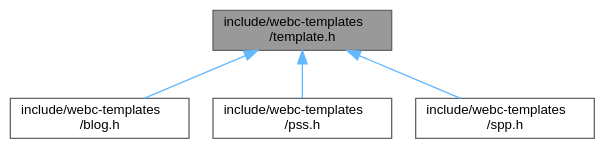
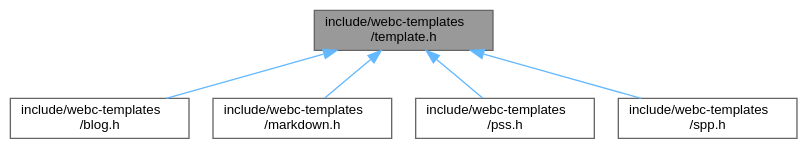
One commit to KDesp73/webc-docs changed the diagram in docs/template_8h__dep__incl.dot. Above: the diagram before and after it, drawn with Graphviz. The commit also changed 65 other files, not shown here.

```diff
--- a/docs/template_8h__dep__incl.dot
+++ b/docs/template_8h__dep__incl.dot
@@ -1,14 +1,16 @@
 digraph "include/webc-templates/template.h"
 {
  // LATEX_PDF_SIZE
   bgcolor="transparent";
   edge [fontname=Helvetica,fontsize=10,labelfontname=Helvetica,labelfontsize=10];
   node [fontname=Helvetica,fontsize=10,shape=box,height=0.2,width=0.4];
   Node1 [id="Node000001",label="include/webc-templates\l/template.h",height=0.2,width=0.4,color="gray40", fillcolor="grey60", style="filled", fontcolor="black",tooltip=" "];
   Node1 -> Node2 [id="edge1_Node000001_Node000002",dir="back",color="steelblue1",style="solid",tooltip=" "];
   Node2 [id="Node000002",label="include/webc-templates\l/blog.h",height=0.2,width=0.4,color="grey40", fillcolor="white", style="filled",URL="$blog_8h.html",tooltip=" "];
   Node1 -> Node3 [id="edge2_Node000001_Node000003",dir="back",color="steelblue1",style="solid",tooltip=" "];
-  Node3 [id="Node000003",label="include/webc-templates\l/pss.h",height=0.2,width=0.4,color="grey40", fillcolor="white", style="filled",URL="$pss_8h.html",tooltip=" "];
+  Node3 [id="Node000003",label="include/webc-templates\l/markdown.h",height=0.2,width=0.4,color="grey40", fillcolor="white", style="filled",URL="$markdown_8h.html",tooltip=" "];
   Node1 -> Node4 [id="edge3_Node000001_Node000004",dir="back",color="steelblue1",style="solid",tooltip=" "];
-  Node4 [id="Node000004",label="include/webc-templates\l/spp.h",height=0.2,width=0.4,color="grey40", fillcolor="white", style="filled",URL="$spp_8h.html",tooltip=" "];
+  Node4 [id="Node000004",label="include/webc-templates\l/pss.h",height=0.2,width=0.4,color="grey40", fillcolor="white", style="filled",URL="$pss_8h.html",tooltip=" "];
+  Node1 -> Node5 [id="edge4_Node000001_Node000005",dir="back",color="steelblue1",style="solid",tooltip=" "];
+  Node5 [id="Node000005",label="include/webc-templates\l/spp.h",height=0.2,width=0.4,color="grey40", fillcolor="white", style="filled",URL="$spp_8h.html",tooltip=" "];
 }
```
